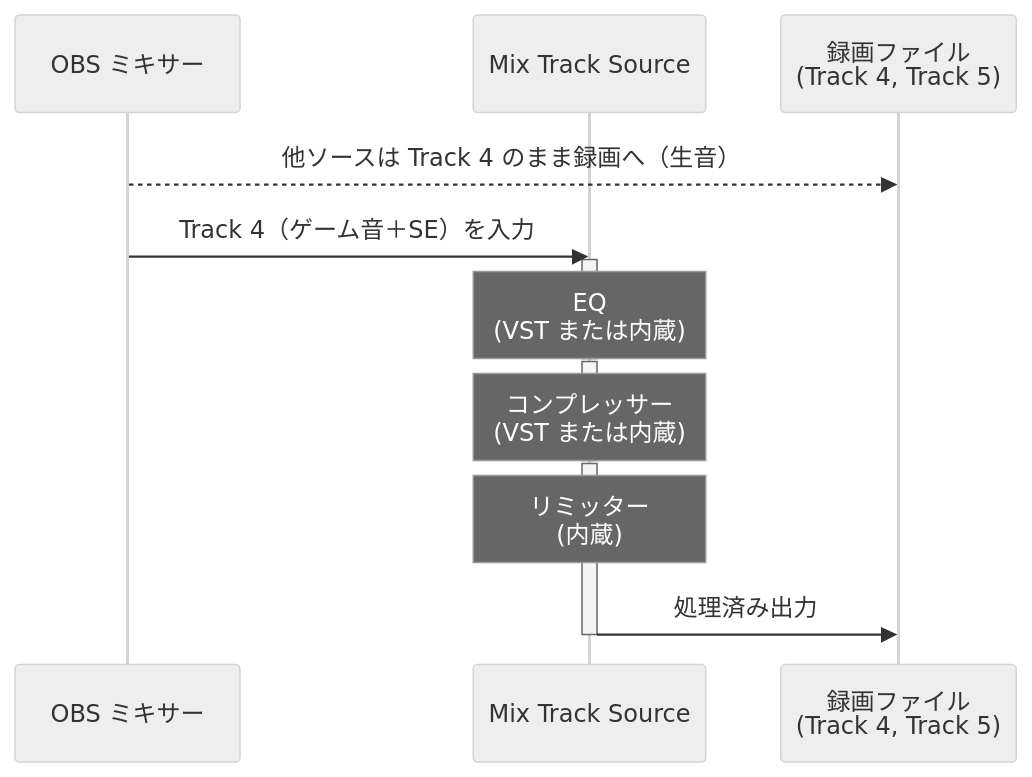
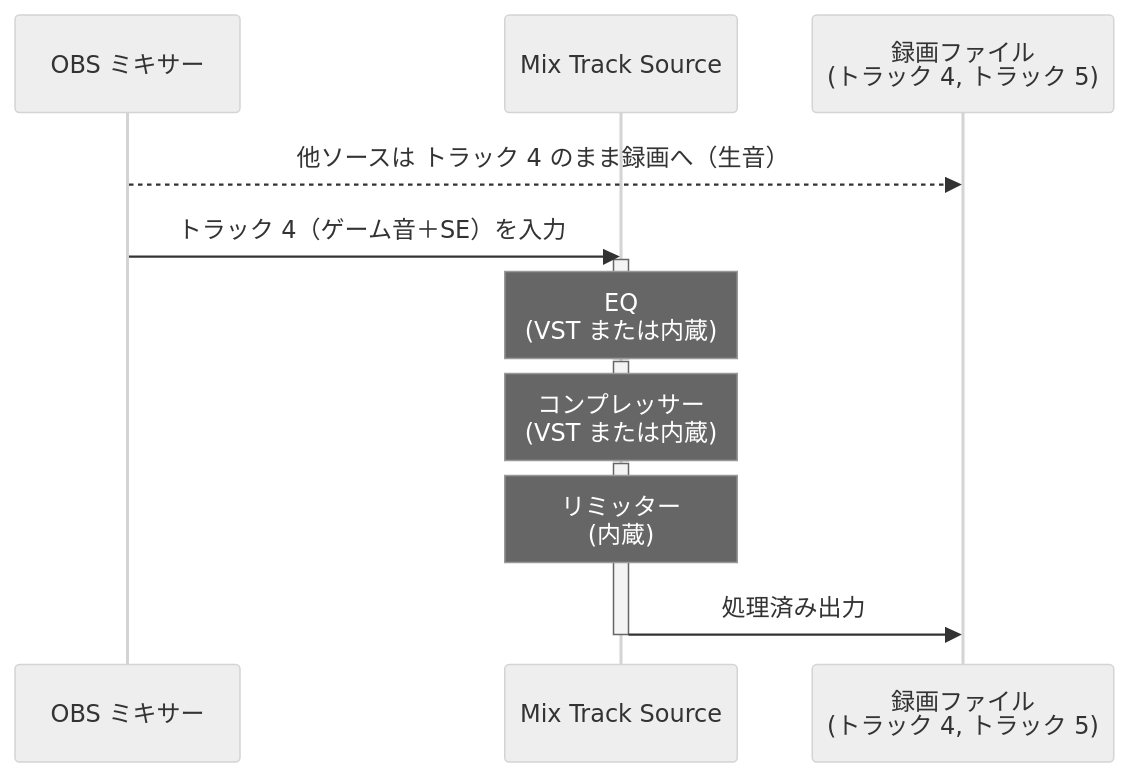
One commit to semnil/MixTrack2Source changed the diagram in docs/uc4-eq-comp-limiter-chain.ja.md. Above: the diagram before and after it, drawn with Mermaid (neutral theme). The commit also changed other lines of this file and 9 other files, not shown here.

````diff
--- a/docs/uc4-eq-comp-limiter-chain.ja.md
+++ b/docs/uc4-eq-comp-limiter-chain.ja.md
@@ -9,19 +9,19 @@
 ```mermaid
 sequenceDiagram
     participant M   as OBS ミキサー
     participant MT  as Mix Track Source
-    participant RC  as 録画ファイル<br/>(Track 4, Track 5)
+    participant RC  as 録画ファイル<br>(トラック 4, トラック 5)
 
-    M  -->> RC : 他ソースは Track 4 のまま録画へ（生音）
-    M  ->>  MT : Track 4（ゲーム音＋SE）を入力
+    M  -->> RC : 他ソースは トラック 4 のまま録画へ（生音）
+    M  ->>  MT : トラック 4（ゲーム音＋SE）を入力
     activate MT
-    Note over MT : EQ<br/>(VST または内蔵)
+    Note over MT : EQ<br>(VST または内蔵)
     deactivate MT
     activate MT
-    Note over MT : コンプレッサー<br/>(VST または内蔵)
+    Note over MT : コンプレッサー<br>(VST または内蔵)
     deactivate MT
     activate MT
-    Note over MT : リミッター<br/>(内蔵)
+    Note over MT : リミッター<br>(内蔵)
     MT ->> RC : 処理済み出力
     deactivate MT
 ```
````
